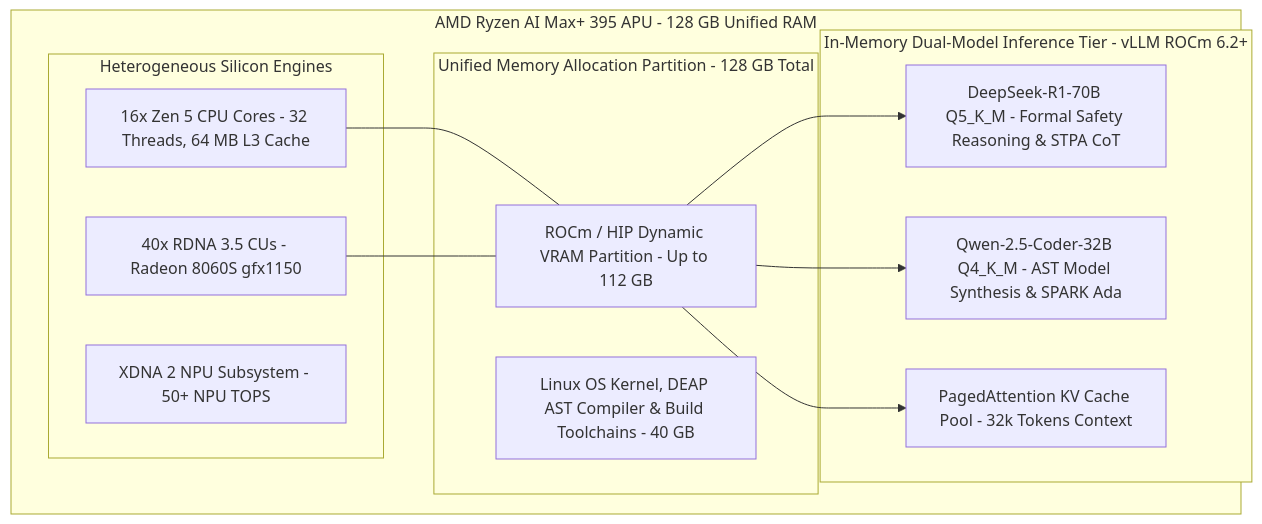
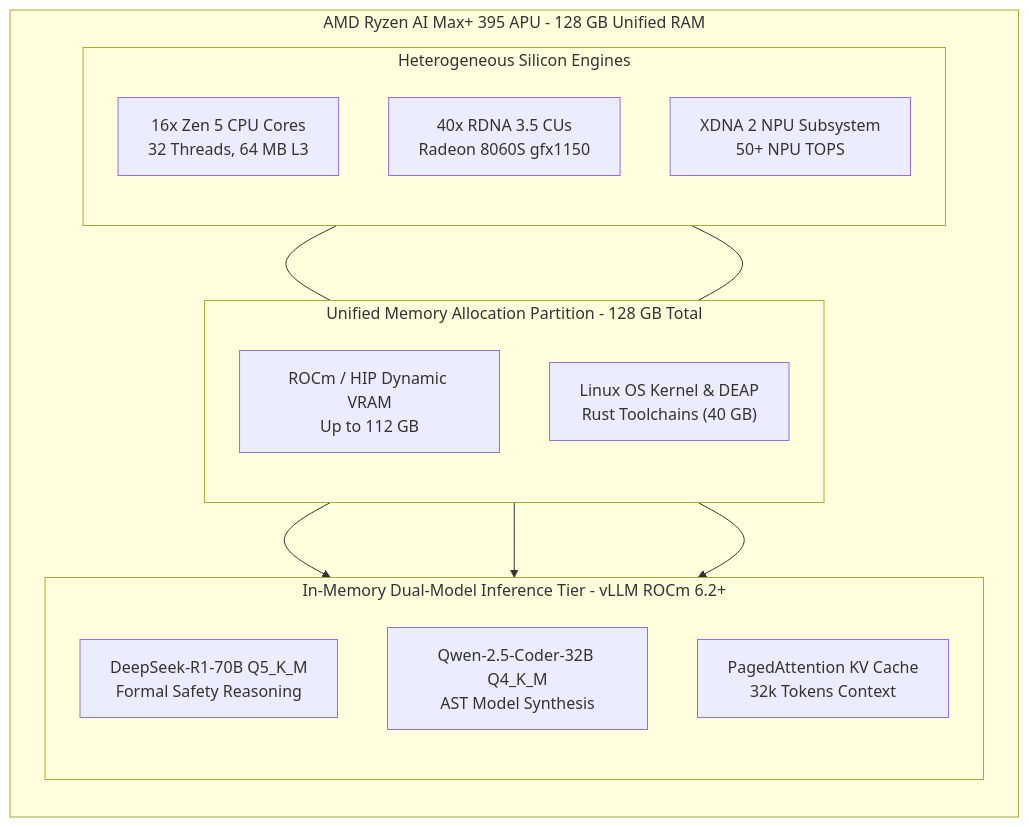
Before and after one commit to gintatkinson/DEAP01-spec-core: diagram 11 of 11 in docs/architecture/blueprints/DEAP_DETERMINISTIC_SAFETY_SPECIFICATION_COMPILER_BLUEPRINT.md, drawn with Mermaid. The commit also changed other lines of this file and 28 other files, not shown here.

````diff
--- a/docs/architecture/blueprints/DEAP_DETERMINISTIC_SAFETY_SPECIFICATION_COMPILER_BLUEPRINT.md
+++ b/docs/architecture/blueprints/DEAP_DETERMINISTIC_SAFETY_SPECIFICATION_COMPILER_BLUEPRINT.md
@@ -1377,27 +1429,31 @@
 ```mermaid
 flowchart TD
     subgraph "AMD Ryzen AI Max+ 395 APU - 128 GB Unified RAM"
+        direction TB
         subgraph "Unified Memory Allocation Partition - 128 GB Total"
-            GTT_VRAM["ROCm / HIP Dynamic VRAM Partition - Up to 112 GB"]
-            SysRAM["Linux OS Kernel, DEAP AST Compiler & Build Toolchains - 40 GB"]
+            direction TB
+            GTT_VRAM["ROCm / HIP Dynamic VRAM<br/>Up to 112 GB"]
+            SysRAM["Linux OS Kernel & DEAP<br/>Rust Toolchains (40 GB)"]
         end
 
         subgraph "In-Memory Dual-Model Inference Tier - vLLM ROCm 6.2+"
-            R1_70B["DeepSeek-R1-70B Q5_K_M - Formal Safety Reasoning & STPA CoT"]
-            Coder_32B["Qwen-2.5-Coder-32B Q4_K_M - AST Model Synthesis & SPARK Ada"]
-            KVCache["PagedAttention KV Cache Pool - 32k Tokens Context"]
+            direction TB
+            R1_70B["DeepSeek-R1-70B Q5_K_M<br/>Formal Safety Reasoning"]
+            Coder_32B["Qwen-2.5-Coder-32B Q4_K_M<br/>AST Model Synthesis"]
+            KVCache["PagedAttention KV Cache<br/>32k Tokens Context"]
         end
 
         subgraph "Heterogeneous Silicon Engines"
-            Zen5["16x Zen 5 CPU Cores - 32 Threads, 64 MB L3 Cache"]
-            RDNA35["40x RDNA 3.5 CUs - Radeon 8060S gfx1150"]
-            XDNA2["XDNA 2 NPU Subsystem - 50+ NPU TOPS"]
+            direction TB
+            Zen5["16x Zen 5 CPU Cores<br/>32 Threads, 64 MB L3"]
+            RDNA35["40x RDNA 3.5 CUs<br/>Radeon 8060S gfx1150"]
+            XDNA2["XDNA 2 NPU Subsystem<br/>50+ NPU TOPS"]
         end
     end
 
     Zen5 --- GTT_VRAM
     RDNA35 --- GTT_VRAM
     GTT_VRAM --> R1_70B
     GTT_VRAM --> Coder_32B
     GTT_VRAM --> KVCache
 ```
````
